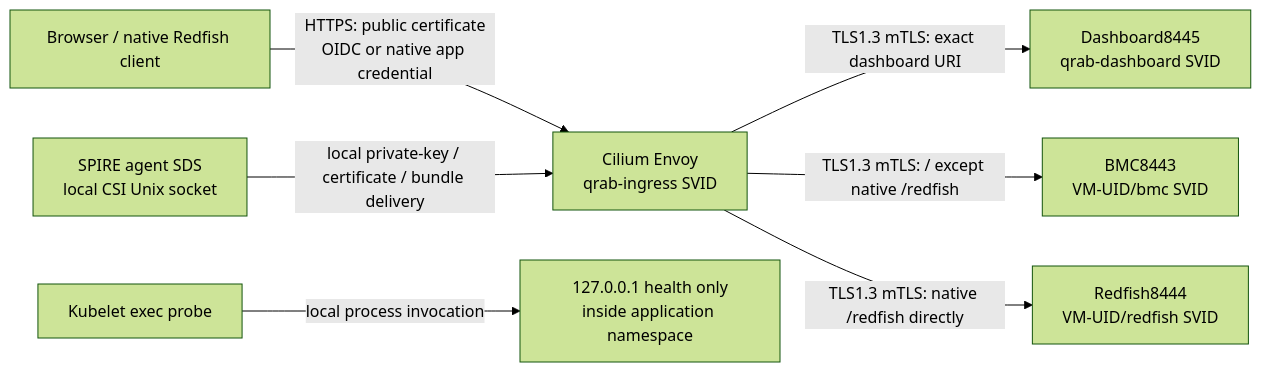
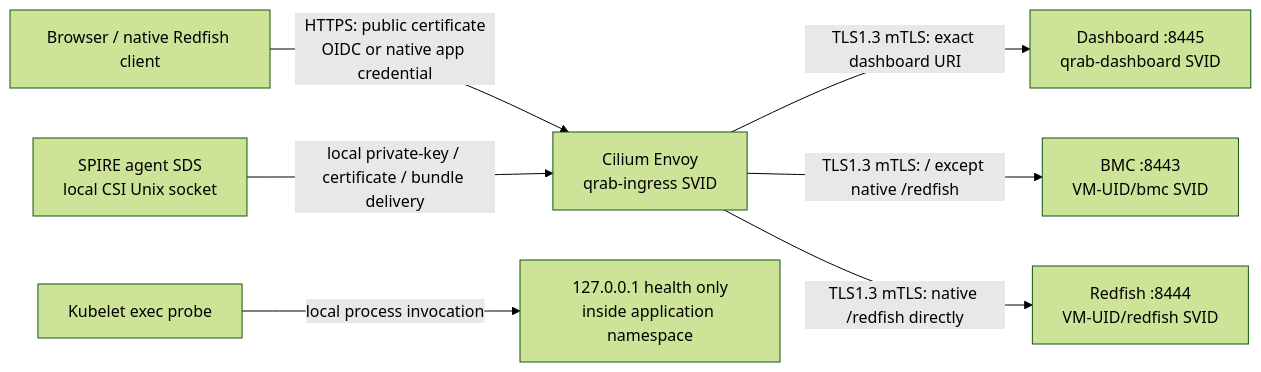
The diagram in docs/ingress.md (SamYaple/qrab), drawn with Mermaid (forest theme) before and after one commit. The commit also changed other lines of this file and 6 other files, not shown here.

````diff
--- a/docs/ingress.md
+++ b/docs/ingress.md
@@ -8,17 +8,17 @@
 ```mermaid
 flowchart LR
     browser["Browser / native Redfish client"]
     envoy["Cilium Envoy<br/>qrab-ingress SVID"]
     agent["SPIRE agent SDS<br/>local CSI Unix socket"]
-    dashboard["Dashboard8445<br/>qrab-dashboard SVID"]
-    bmc["BMC8443<br/>VM-UID/bmc SVID"]
-    rf["Redfish8444<br/>VM-UID/redfish SVID"]
+    dashboard["Dashboard :8445<br/>qrab-dashboard SVID"]
+    bmc["BMC :8443<br/>VM-UID/bmc SVID"]
+    rf["Redfish :8444<br/>VM-UID/redfish SVID"]
     probe["Kubelet exec probe"]
     local["127.0.0.1 health only<br/>inside application namespace"]
     browser -->|"HTTPS: public certificate<br/>OIDC or native app credential"| envoy
     agent -->|"local private-key / certificate / bundle delivery"| envoy
     envoy -->|"TLS1.3 mTLS: exact dashboard URI"| dashboard
     envoy -->|"TLS1.3 mTLS: / except native /redfish"| bmc
     envoy -->|"TLS1.3 mTLS: native /redfish directly"| rf
     probe -->|"local process invocation"| local
 ```
````
